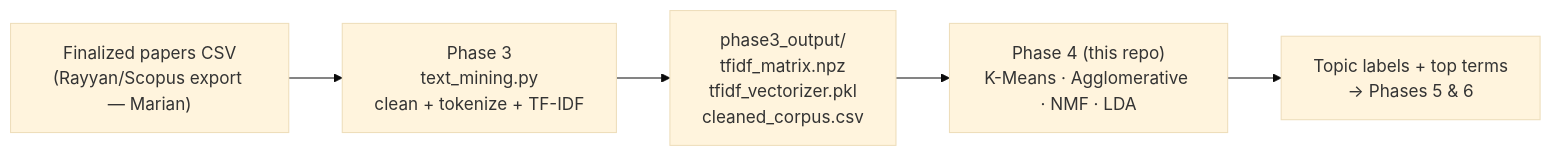
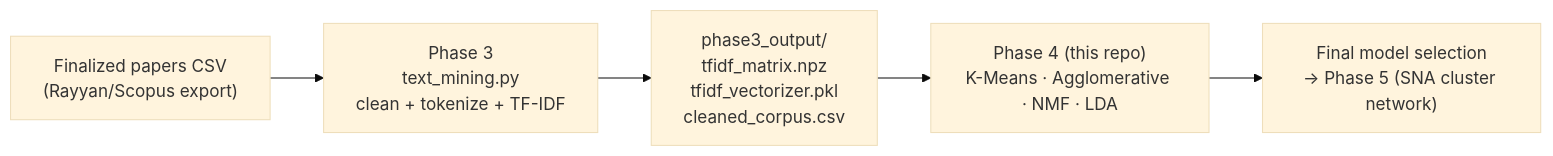
One commit to DaLouuu/MuTech changed the diagram in phase4/README.md. Above: the diagram before and after it, drawn with Mermaid (base theme). The commit also changed other lines of this file and 61 other files, not shown here.

````diff
--- a/phase4/README.md
+++ b/phase4/README.md
@@ -28,7 +37,7 @@
 ```mermaid
 flowchart LR
-    A["Finalized papers CSV<br/>(Rayyan/Scopus export — Marian)"] --> B["Phase 3<br/>text_mining.py<br/>clean + tokenize + TF-IDF"]
+    A["Finalized papers CSV<br/>(Rayyan/Scopus export)"] --> B["Phase 3<br/>text_mining.py<br/>clean + tokenize + TF-IDF"]
     B --> C["phase3_output/<br/>tfidf_matrix.npz<br/>tfidf_vectorizer.pkl<br/>cleaned_corpus.csv"]
     C --> D["Phase 4 (this repo)<br/>K-Means · Agglomerative · NMF · LDA"]
-    D --> E["Topic labels + top terms<br/>→ Phases 5 & 6"]
+    D --> E["Final model selection<br/>→ Phase 5 (SNA cluster network)"]
 ```
````
